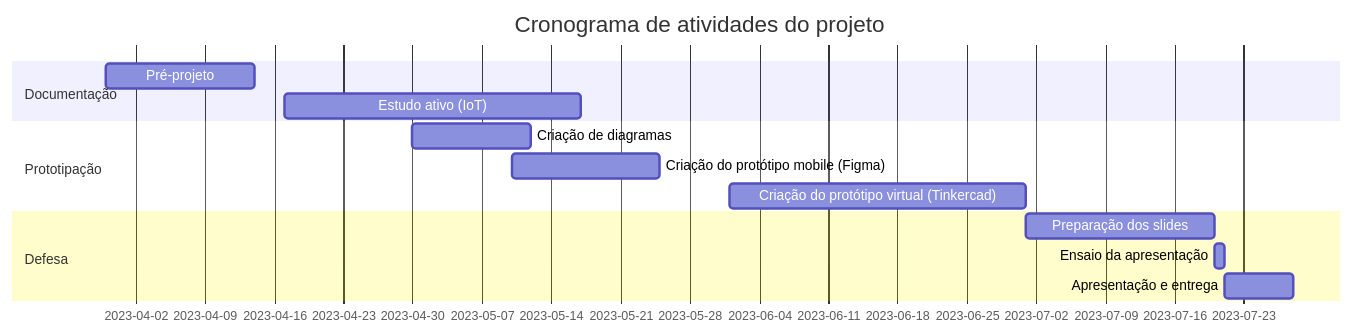
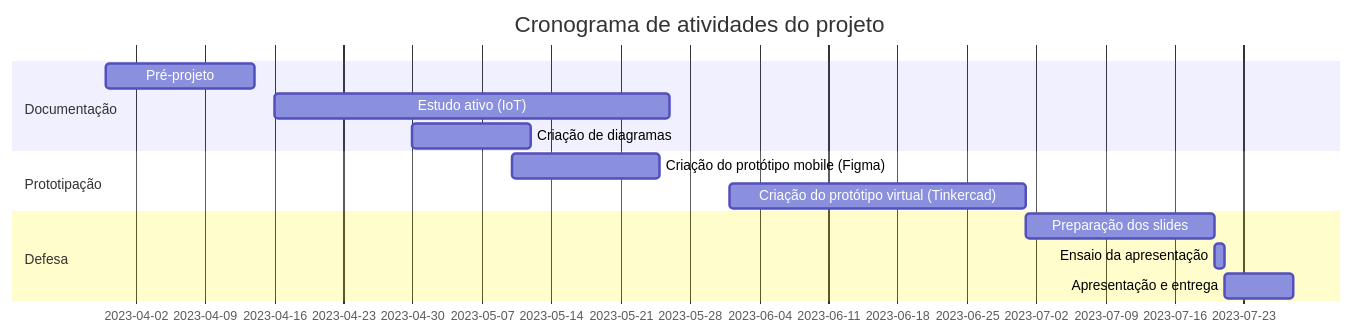
One commit to AgathaSena/Projeto-Integrador-II changed the diagram in README.md. Above: the diagram before and after it, drawn with Mermaid.

Commit message:
fix:section Prototipação

````diff
--- a/README.md
+++ b/README.md
@@ -6,16 +6,16 @@
  ```mermaid
     gantt
     title Cronograma de atividades do projeto
     dateFormat  YYYY-MM-DD
     section Documentação
     Pré-projeto     :a1,  2023-03-30, 15d
-    Estudo ativo (IoT)  :a2, 2023-04-17, 30d
+    Estudo ativo (IoT)  :a2, 2023-04-16, 40d
+    Criação de diagramas     :       c1,  2023-04-30, 12d
     section Prototipação
-    Criação de diagramas     :       c1,  2023-04-30, 12d
     Criação do protótipo mobile (Figma)      :c2,    2023-05-10, 15d
     Criação do protótipo virtual (Tinkercad)      :c3,    2023-06-01, 30d
     section Defesa
     Preparação dos slides :p1, after c3, 19d
     Ensaio da apresentação :p2, after p1, 01d
     Apresentação e entrega  :p3, after p2, 07d
 ``` 
````
